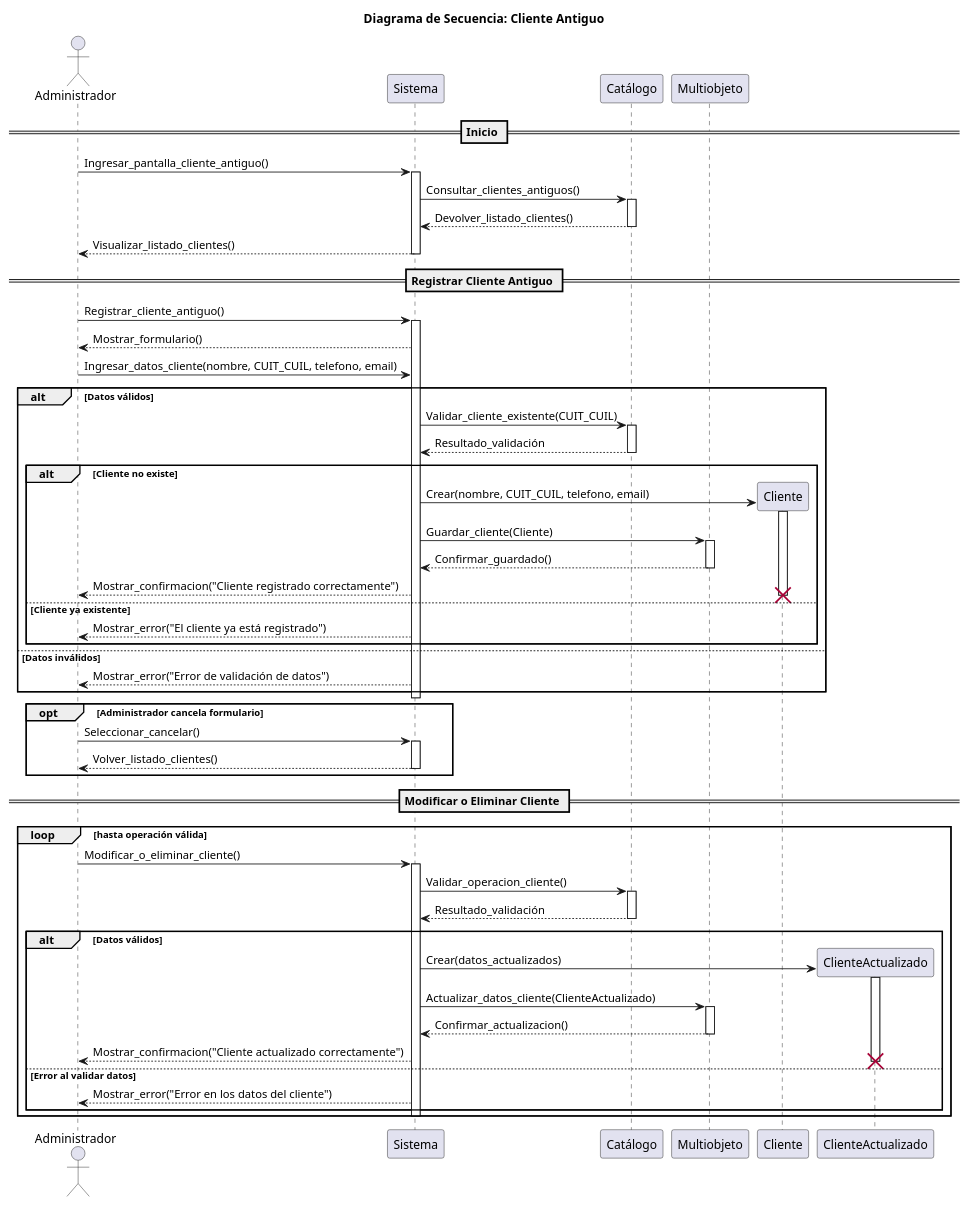
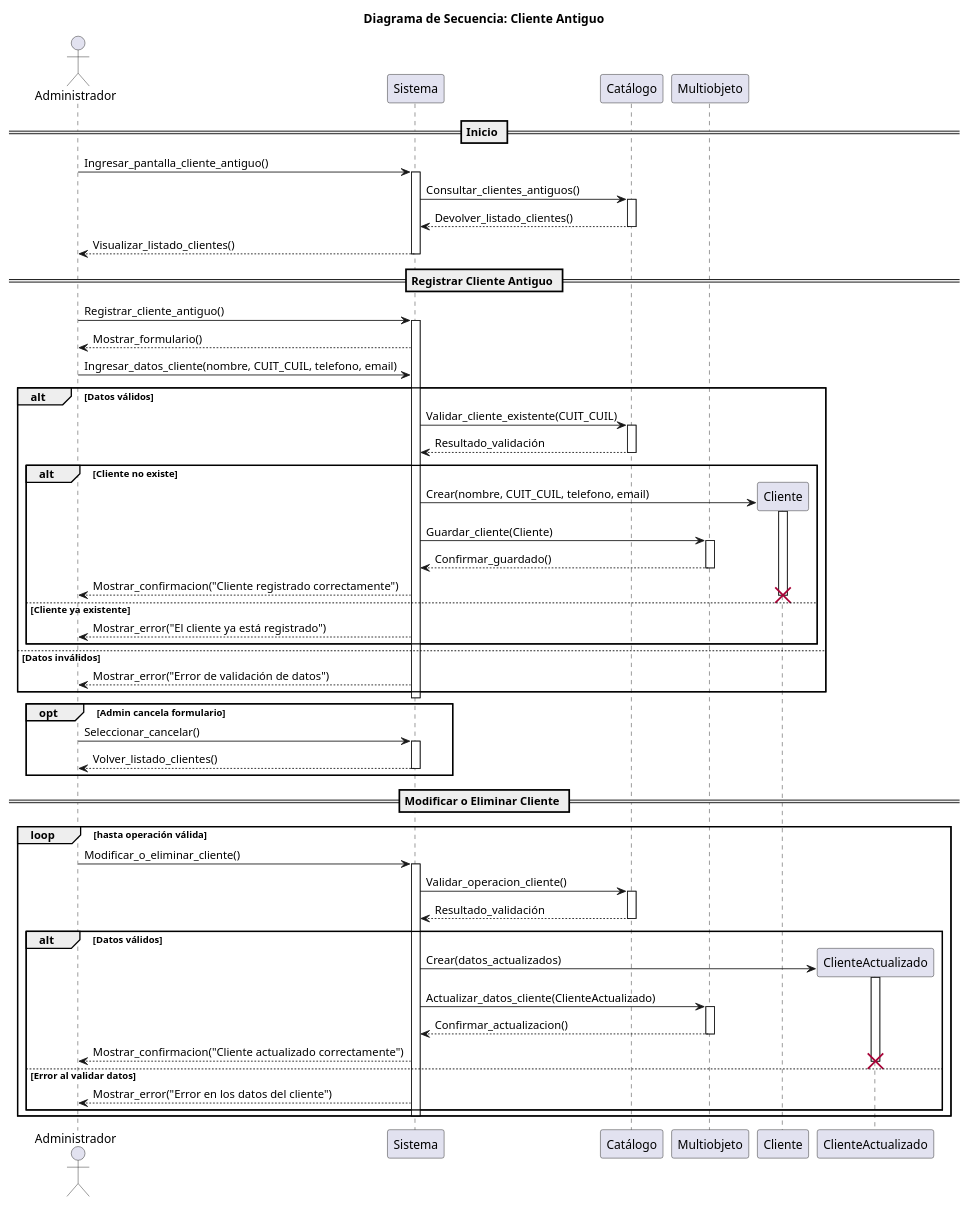
The diagram in 08-Diagrama-secuencia/03_Cliente_antiguo.puml (Luci1274/PPI_Proyecto_gomeria), drawn with PlantUML before and after one commit.

Commit message:
Cambios en el diagrama

```diff
--- a/08-Diagrama-secuencia/03_Cliente_antiguo.puml
+++ b/08-Diagrama-secuencia/03_Cliente_antiguo.puml
@@ -1,83 +1,83 @@
 @startuml cliente_antiguo
 
 title Diagrama de Secuencia: Cliente Antiguo
 
-actor Administrador 
-participant Sistema
+actor Administrador as Admin
+participant Sistema as System
 participant Catálogo as Cat
 participant Multiobjeto as MULT
 
 == Inicio ==
-Administrador -> Sistema: Ingresar_pantalla_cliente_antiguo()
-activate Sistema
-Sistema -> Cat: Consultar_clientes_antiguos()
+Admin -> System: Ingresar_pantalla_cliente_antiguo()
+activate System
+System -> Cat: Consultar_clientes_antiguos()
 activate Cat
-Cat --> Sistema: Devolver_listado_clientes()
+Cat --> System: Devolver_listado_clientes()
 deactivate Cat
-Sistema --> Administrador: Visualizar_listado_clientes()
-deactivate Sistema
+System --> Admin: Visualizar_listado_clientes()
+deactivate System
 
 == Registrar Cliente Antiguo ==
-Administrador -> Sistema: Registrar_cliente_antiguo()
-activate Sistema
-Sistema --> Administrador: Mostrar_formulario()
-Administrador -> Sistema: Ingresar_datos_cliente(nombre, CUIT_CUIL, telefono, email)
+Admin -> System: Registrar_cliente_antiguo()
+activate System
+System --> Admin: Mostrar_formulario()
+Admin -> System: Ingresar_datos_cliente(nombre, CUIT_CUIL, telefono, email)
 
 alt Datos válidos
-    Sistema -> Cat: Validar_cliente_existente(CUIT_CUIL)
+    System -> Cat: Validar_cliente_existente(CUIT_CUIL)
     activate Cat
-    Cat --> Sistema: Resultado_validación
+    Cat --> System: Resultado_validación
     deactivate Cat
 
     alt Cliente no existe
         create Cliente
-        Sistema -> Cliente: Crear(nombre, CUIT_CUIL, telefono, email)
+        System -> Cliente: Crear(nombre, CUIT_CUIL, telefono, email)
         activate Cliente
-        Sistema -> MULT: Guardar_cliente(Cliente)
+        System -> MULT: Guardar_cliente(Cliente)
         activate MULT
-        MULT --> Sistema: Confirmar_guardado()
+        MULT --> System: Confirmar_guardado()
         deactivate MULT
-        Sistema --> Administrador: Mostrar_confirmacion("Cliente registrado correctamente")
+        System --> Admin: Mostrar_confirmacion("Cliente registrado correctamente")
         destroy Cliente
     else Cliente ya existente
-        Sistema --> Administrador: Mostrar_error("El cliente ya está registrado")
+        System --> Admin: Mostrar_error("El cliente ya está registrado")
     end
 
 else Datos inválidos
-    Sistema --> Administrador: Mostrar_error("Error de validación de datos")
+    System --> Admin: Mostrar_error("Error de validación de datos")
 end
-deactivate Sistema
+deactivate System
 
-opt Administrador cancela formulario
-    Administrador -> Sistema: Seleccionar_cancelar()
-    activate Sistema
-    Sistema --> Administrador: Volver_listado_clientes()
-    deactivate Sistema
+opt Admin cancela formulario
+    Admin -> System: Seleccionar_cancelar()
+    activate System
+    System --> Admin: Volver_listado_clientes()
+    deactivate System
 end
 
 == Modificar o Eliminar Cliente ==
 loop hasta operación válida
-    Administrador -> Sistema: Modificar_o_eliminar_cliente()
-    activate Sistema
-    Sistema -> Cat: Validar_operacion_cliente()
+    Admin -> System: Modificar_o_eliminar_cliente()
+    activate System
+    System -> Cat: Validar_operacion_cliente()
     activate Cat
-    Cat --> Sistema: Resultado_validación
+    Cat --> System: Resultado_validación
     deactivate Cat
 
     alt Datos válidos
         create ClienteActualizado
-        Sistema -> ClienteActualizado: Crear(datos_actualizados)
+        System -> ClienteActualizado: Crear(datos_actualizados)
         activate ClienteActualizado
-        Sistema -> MULT: Actualizar_datos_cliente(ClienteActualizado)
+        System -> MULT: Actualizar_datos_cliente(ClienteActualizado)
         activate MULT
-        MULT --> Sistema: Confirmar_actualizacion()
+        MULT --> System: Confirmar_actualizacion()
         deactivate MULT
-        Sistema --> Administrador: Mostrar_confirmacion("Cliente actualizado correctamente")
+        System --> Admin: Mostrar_confirmacion("Cliente actualizado correctamente")
         destroy ClienteActualizado
     else Error al validar datos
-        Sistema --> Administrador: Mostrar_error("Error en los datos del cliente")
+        System --> Admin: Mostrar_error("Error en los datos del cliente")
     end
-    deactivate Sistema
+    deactivate System
 end
 
 @enduml
```
